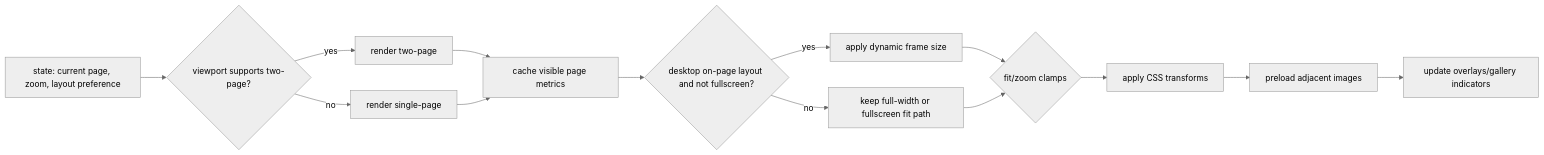
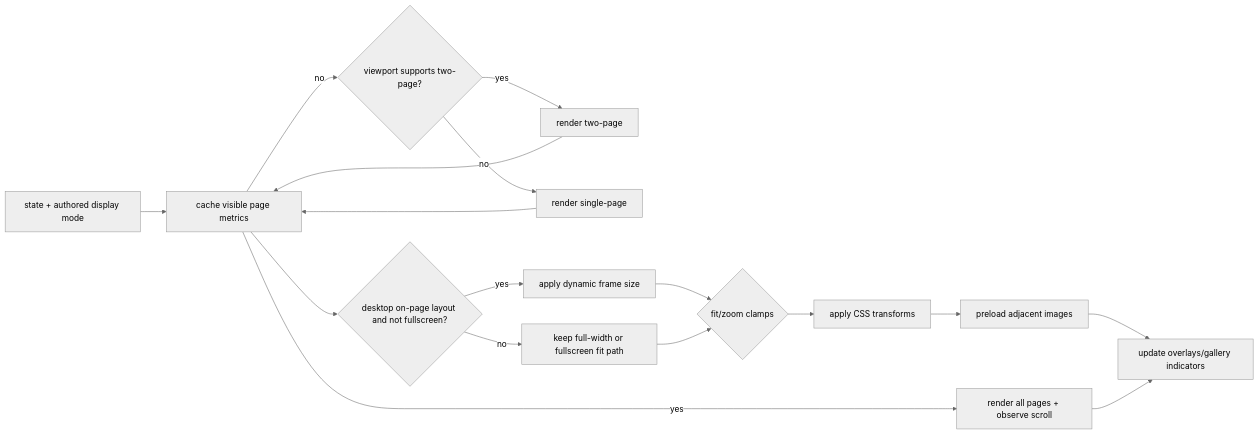
Before and after one commit to bwondercomics/BWondercomics: the second of 2 diagrams in docs/reader-overview.md, drawn with Mermaid (neutral theme). The commit also changed other lines of this file and 17 other files, not shown here.

````diff
--- a/docs/reader-overview.md
+++ b/docs/reader-overview.md
@@ -59,17 +91,20 @@
 ```mermaid
 flowchart LR
-  S[state: current page, zoom, layout preference]
-  S --> Q{viewport supports two-page?}
+  S[state + authored display mode]
+  S --> M{vertical-scroll?}
+  M -- yes --> VS[render all pages + observe scroll]
+  M -- no --> Q{viewport supports two-page?}
   Q -- yes --> TP[render two-page]
   Q -- no --> SP[render single-page]
   TP --> M[cache visible page metrics]
   SP --> M
   M --> F{desktop on-page layout and not fullscreen?}
   F -- yes --> D[apply dynamic frame size]
   F -- no --> W[keep full-width or fullscreen fit path]
   D --> Z{fit/zoom clamps}
   W --> Z
   Z --> P[apply CSS transforms]
   P --> L[preload adjacent images]
   L --> O[update overlays/gallery indicators]
+  VS --> O
 ```
````
